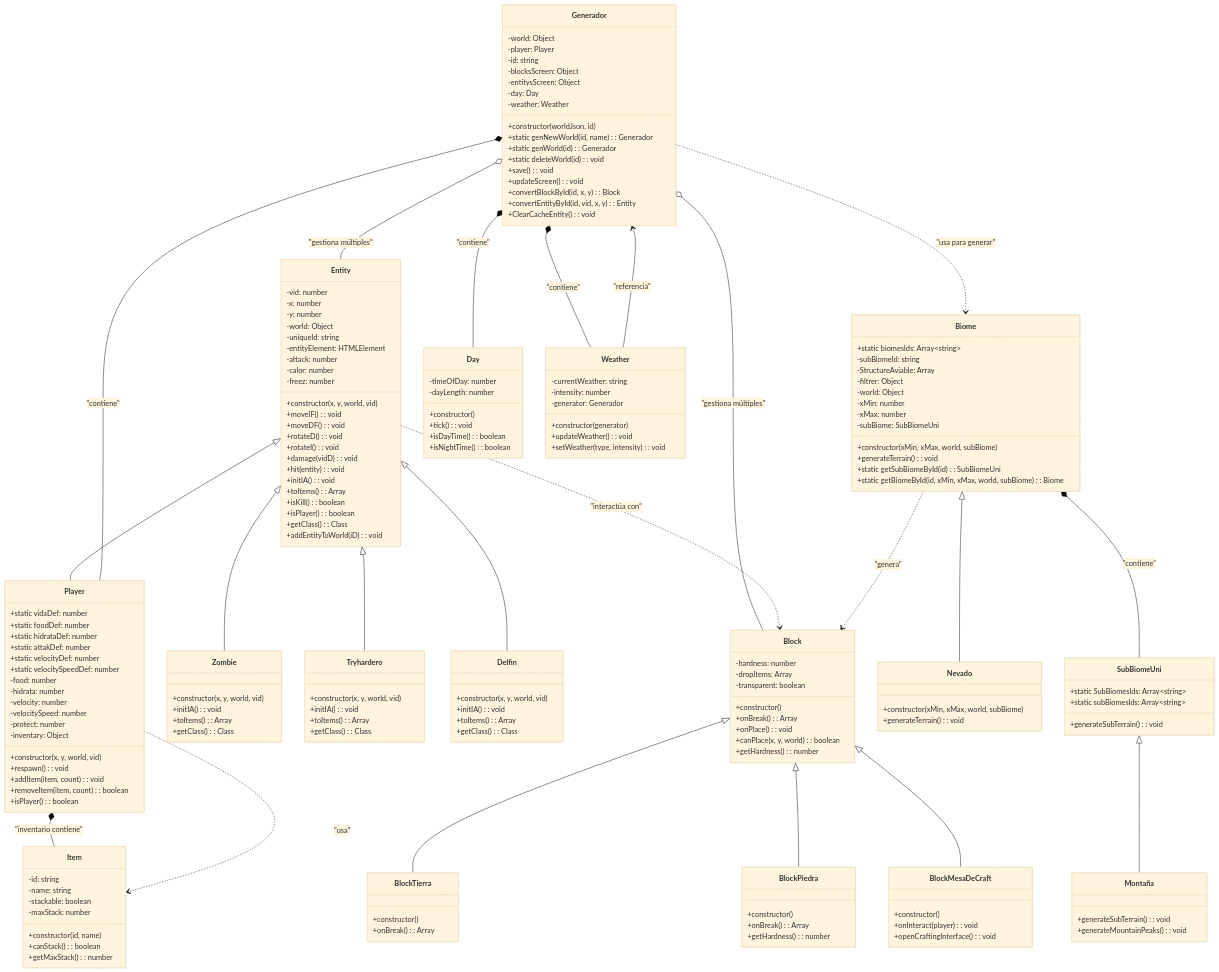
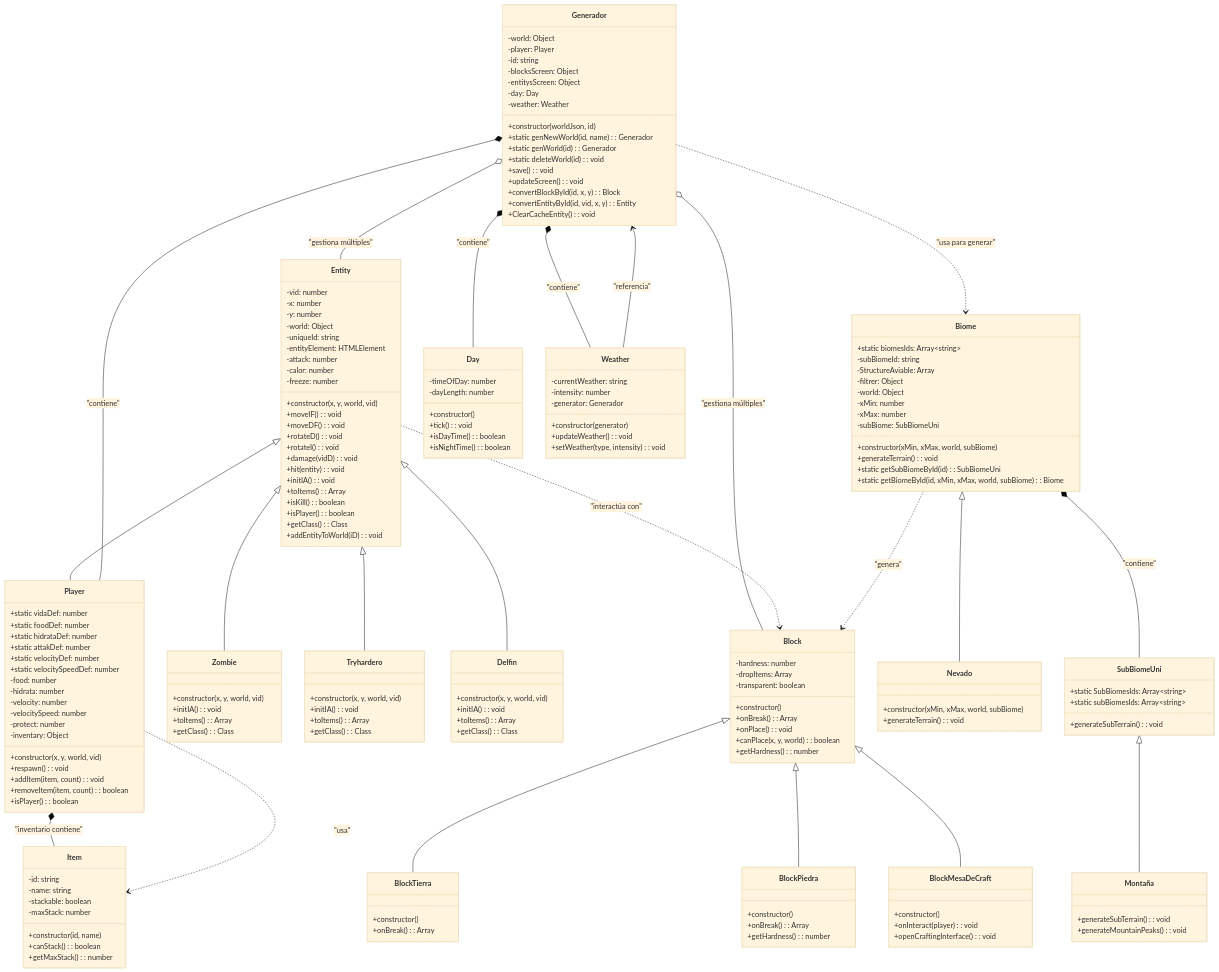
Before and after one commit to Creadores-Program/CreadorCraft-Classic: the diagram in docs/c4-diagrams/04-code.md, drawn with Mermaid (base theme).

Commit message:
Apply suggestion from @Copilot

```diff
--- a/docs/c4-diagrams/04-code.md
+++ b/docs/c4-diagrams/04-code.md
@@ -15,7 +15,7 @@
         -entityElement: HTMLElement
         -attack: number
         -calor: number
-        -freez: number
+        -freeze: number
         
         +constructor(x, y, world, vid)
         +moveIF(): void
```
